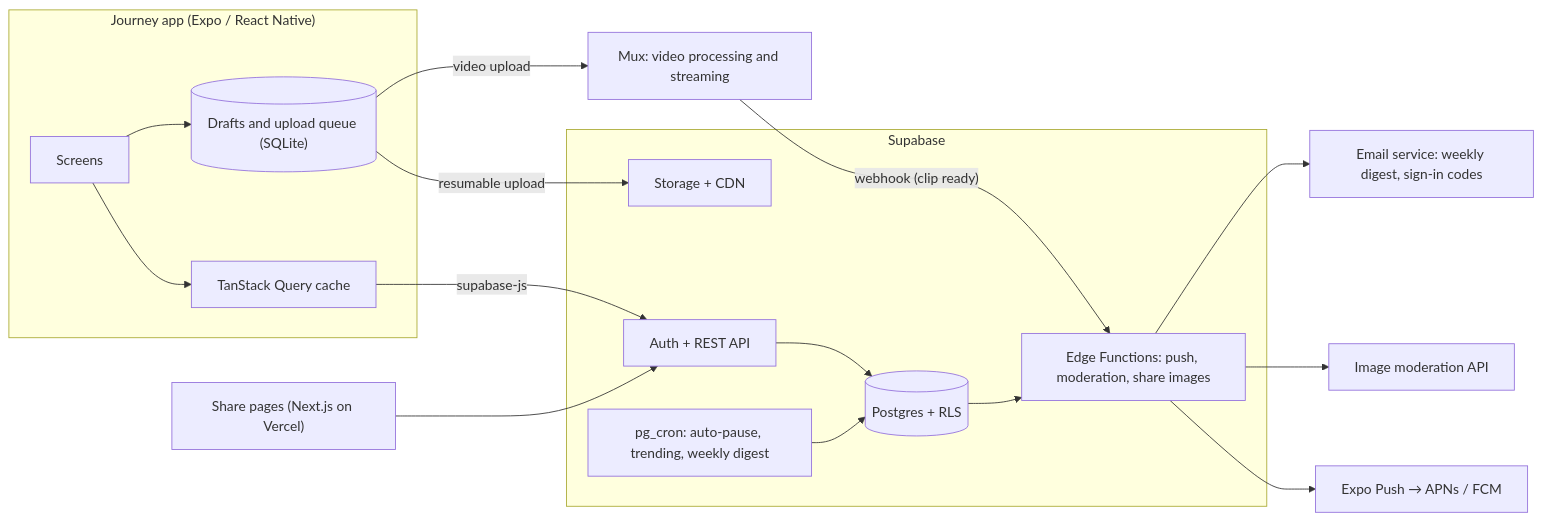
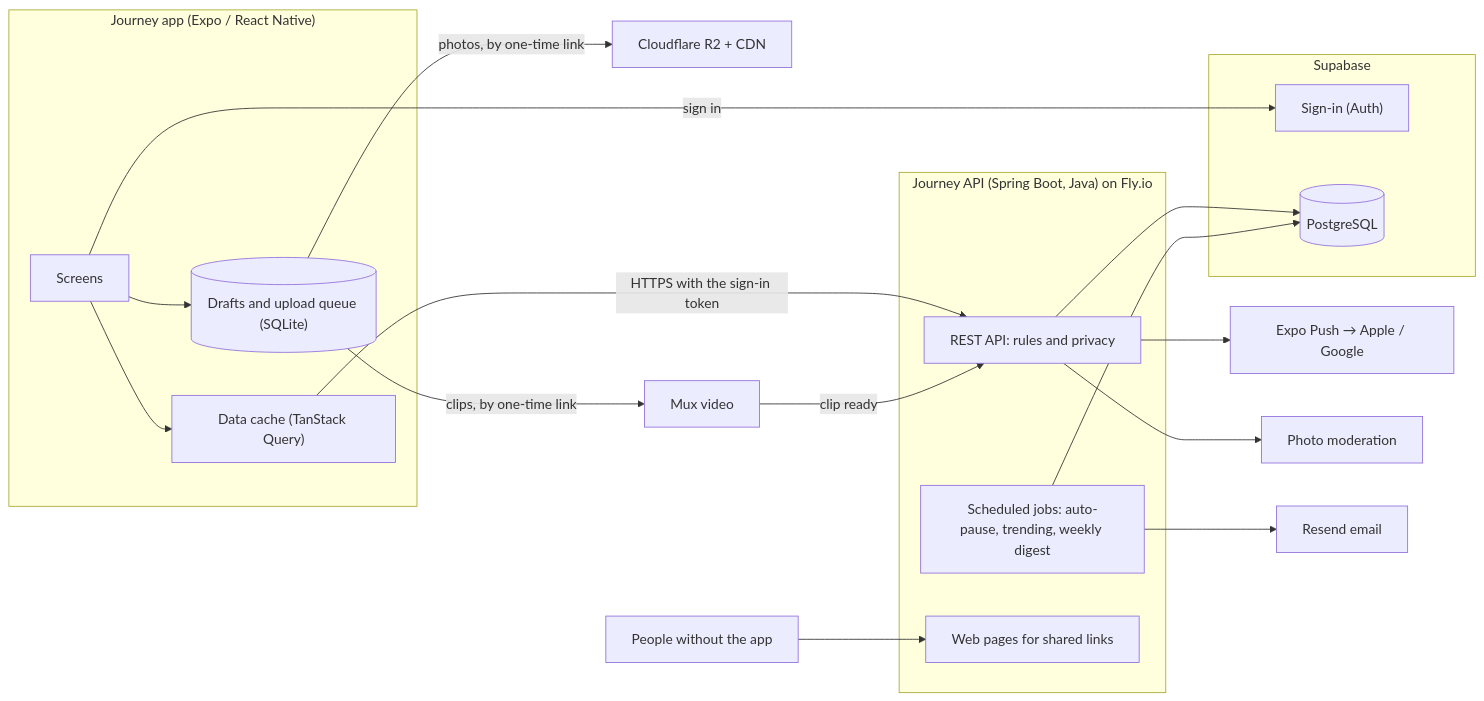
One commit to kadiripavan3/Journey changed the diagram in docs/02-tech-stack.md. Above: the diagram before and after it, drawn with Mermaid. The commit also changed other lines of this file and 8 other files, not shown here.

First line of the commit message:
Finalize the tech stack: Expo app, Java (Spring Boot) API

````diff
--- a/docs/02-tech-stack.md
+++ b/docs/02-tech-stack.md
@@ -76,23 +117,27 @@
 ```mermaid
 flowchart LR
   subgraph Phone["Journey app (Expo / React Native)"]
-    UI["Screens"] --> QC["TanStack Query cache"]
+    UI["Screens"] --> QC["Data cache (TanStack Query)"]
     UI --> DR[("Drafts and upload queue (SQLite)")]
   end
-  QC -- "supabase-js" --> API
-  DR -- "resumable upload" --> ST
+  subgraph Java["Journey API (Spring Boot, Java) on Fly.io"]
+    API["REST API: rules and privacy"]
+    JOBS["Scheduled jobs: auto-pause, trending, weekly digest"]
+    WEB["Web pages for shared links"]
+  end
   subgraph SB["Supabase"]
-    API["Auth + REST API"] --> DB[("Postgres + RLS")]
-    ST["Storage + CDN"]
-    EF["Edge Functions: push, moderation, share images"]
-    CR["pg_cron: auto-pause, trending, weekly digest"]
-    DB --> EF
-    CR --> DB
+    AUTH["Sign-in (Auth)"]
+    DB[("PostgreSQL")]
   end
-  EF --> PUSH["Expo Push → APNs / FCM"]
-  EF --> MOD["Image moderation API"]
-  EF --> MAIL["Email service: weekly digest, sign-in codes"]
-  DR -- "video upload" --> MUX["Mux: video processing and streaming"]
-  MUX -- "webhook (clip ready)" --> EF
-  WEB["Share pages (Next.js on Vercel)"] --> API
+  UI -- "sign in" --> AUTH
+  QC -- "HTTPS with the sign-in token" --> API
+  API --> DB
+  JOBS --> DB
+  DR -- "photos, by one-time link" --> R2["Cloudflare R2 + CDN"]
+  DR -- "clips, by one-time link" --> MUX["Mux video"]
+  MUX -- "clip ready" --> API
+  API --> PUSH["Expo Push → Apple / Google"]
+  API --> MOD["Photo moderation"]
+  JOBS --> MAIL["Resend email"]
+  VIS["People without the app"] --> WEB
 ```
````
